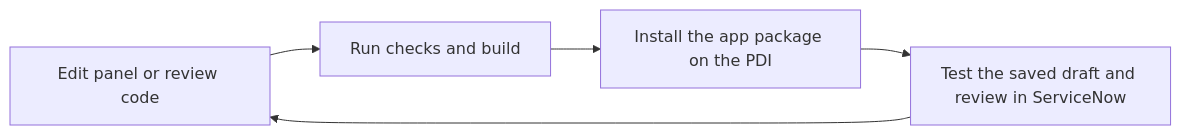
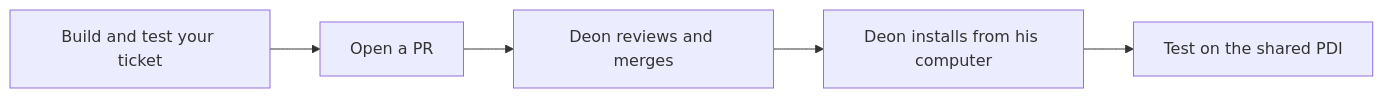
The diagram in docs/13-servicenow-development-and-cicd.md (DeonHolo/suiko-ai), drawn with Mermaid before and after one commit. The commit also changed other lines of this file and 15 other files, not shown here.

Commit message:
Keep shared PDI deployment local to the maintainer

````diff
--- a/docs/13-servicenow-development-and-cicd.md
+++ b/docs/13-servicenow-development-and-cicd.md
@@ -9,7 +9,7 @@
 ```mermaid
 flowchart LR
-    A[Edit panel or review code] --> B[Run checks and build]
-    B --> C[Install the app package on the PDI]
-    C --> D[Test the saved draft and review in ServiceNow]
-    D --> A
+    A[Build and test your ticket] --> B[Open a PR]
+    B --> C[Deon reviews and merges]
+    C --> D[Deon installs from his computer]
+    D --> E[Test on the shared PDI]
 ```
````
